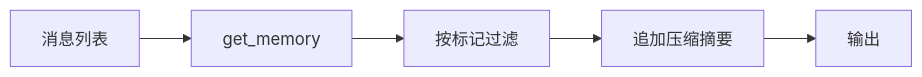
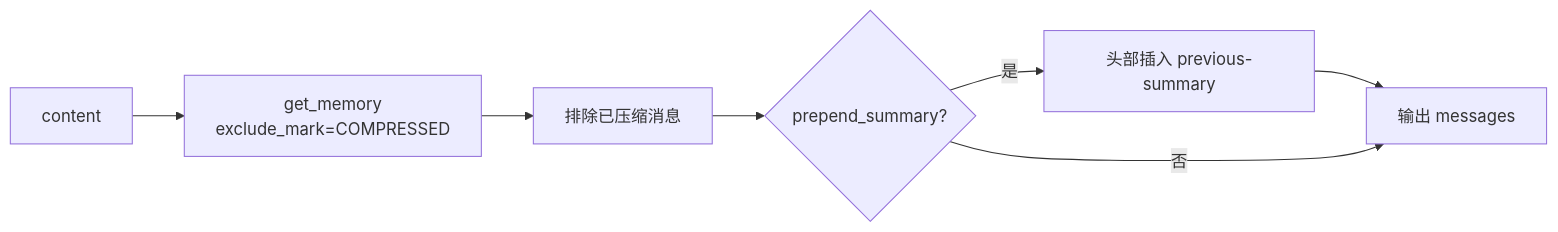
Before and after one commit to agentscope-ai/ReMe: the seventh of 9 diagrams in README_ZH.md, drawn with Mermaid. The commit also changed other lines of this file, not shown here.

Commit message:
docs(readme): update Chinese documentation with enhanced memory management diagrams

````diff
--- a/README_ZH.md
+++ b/README_ZH.md
@@ -293,7 +301,9 @@
 ```mermaid
 graph LR
-    M[消息列表] --> G[get_memory]
-    G --> F[按标记过滤]
-    F --> P[追加压缩摘要]
-    P --> O[输出]
+    C[content] --> G[get_memory<br>exclude_mark=COMPRESSED]
+    G --> F[排除已压缩消息]
+    F --> P{prepend_summary?}
+    P -->|是| S[头部插入 previous-summary]
+    S --> O[输出 messages]
+    P -->|否| O
 ```
````
